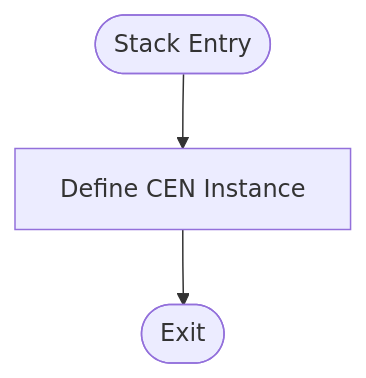
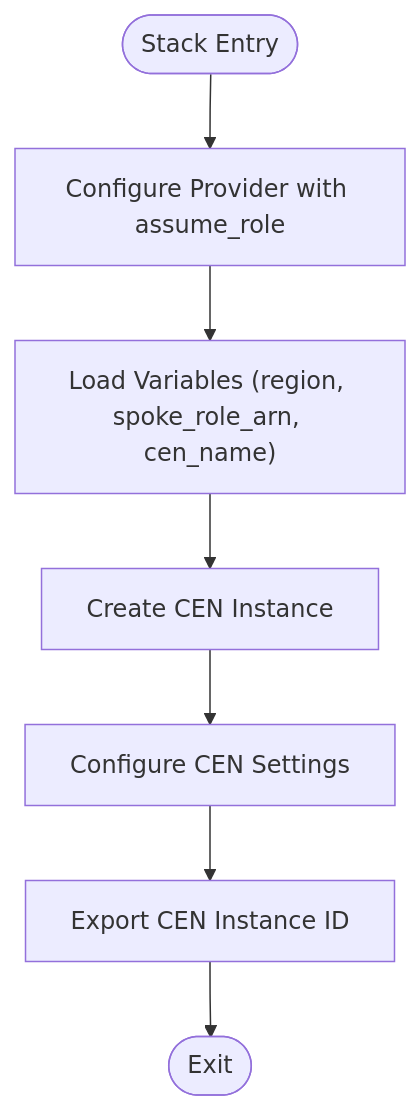
Before and after one commit to AlibabaCloudLandingZone/alibabacloud-landingzone-accelerator-github-demo: the seventh of 12 diagrams in .qoder/repowiki/en/content/Stack Architecture/Stack Architecture.md, drawn with Mermaid. The commit also changed other lines of this file and 104 other files, not shown here.

````diff
--- a/.qoder/repowiki/en/content/Stack Architecture/Stack Architecture.md
+++ b/.qoder/repowiki/en/content/Stack Architecture/Stack Architecture.md
@@ -229,5 +299,9 @@
 ```mermaid
 flowchart TD
-Start(["Stack Entry"]) --> DefineCEN["Define CEN Instance"]
-DefineCEN --> End(["Exit"])
+Start(["Stack Entry"]) --> Provider["Configure Provider with assume_role"]
+Provider --> Variables["Load Variables (region, spoke_role_arn, cen_name)"]
+Variables --> Resource["Create CEN Instance"]
+Resource --> Configure["Configure CEN Settings"]
+Configure --> Outputs["Export CEN Instance ID"]
+Outputs --> End(["Exit"])
 ```
````
